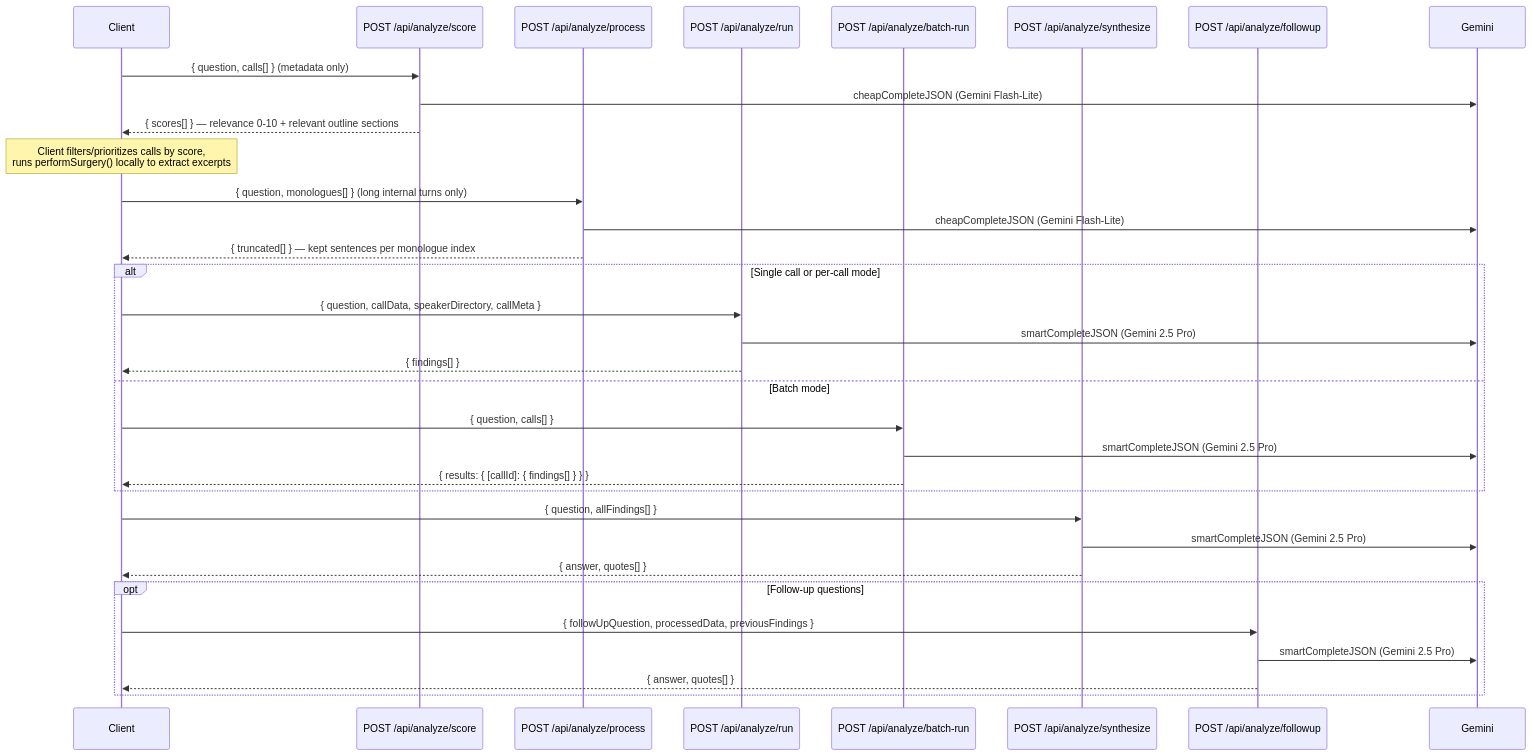
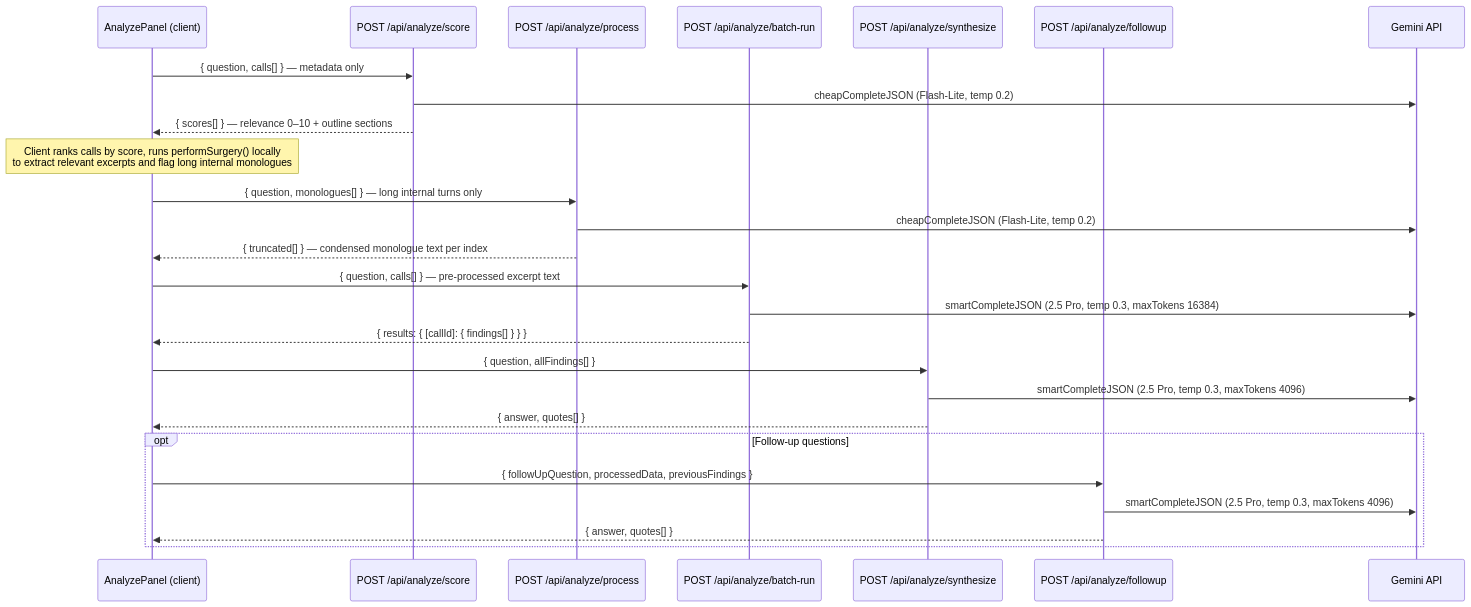
The second of 2 diagrams in docs/generated/api-routes.md (forrestmill-cmd/gongwizard), drawn with Mermaid before and after one commit. The commit also changed other lines of this file and 9 other files, not shown here.

````diff
--- a/docs/generated/api-routes.md
+++ b/docs/generated/api-routes.md
@@ -802,41 +804,34 @@
 ```mermaid
 sequenceDiagram
-    participant Client
+    participant Client as AnalyzePanel (client)
     participant Score as POST /api/analyze/score
     participant Process as POST /api/analyze/process
-    participant Run as POST /api/analyze/run
     participant BatchRun as POST /api/analyze/batch-run
     participant Synthesize as POST /api/analyze/synthesize
     participant Followup as POST /api/analyze/followup
-    participant Gemini
+    participant Gemini as Gemini API
 
-    Client->>Score: { question, calls[] } (metadata only)
-    Score->>Gemini: cheapCompleteJSON (Gemini Flash-Lite)
-    Score-->>Client: { scores[] } — relevance 0-10 + relevant outline sections
+    Client->>Score: { question, calls[] } — metadata only
+    Score->>Gemini: cheapCompleteJSON (Flash-Lite, temp 0.2)
+    Score-->>Client: { scores[] } — relevance 0–10 + outline sections
 
-    Note over Client: Client filters/prioritizes calls by score,<br/>runs performSurgery() locally to extract excerpts
+    Note over Client: Client ranks calls by score, runs performSurgery() locally<br/>to extract relevant excerpts and flag long internal monologues
 
-    Client->>Process: { question, monologues[] } (long internal turns only)
-    Process->>Gemini: cheapCompleteJSON (Gemini Flash-Lite)
-    Process-->>Client: { truncated[] } — kept sentences per monologue index
+    Client->>Process: { question, monologues[] } — long internal turns only
+    Process->>Gemini: cheapCompleteJSON (Flash-Lite, temp 0.2)
+    Process-->>Client: { truncated[] } — condensed monologue text per index
 
-    alt Single call or per-call mode
-        Client->>Run: { question, callData, speakerDirectory, callMeta }
-        Run->>Gemini: smartCompleteJSON (Gemini 2.5 Pro)
-        Run-->>Client: { findings[] }
-    else Batch mode
-        Client->>BatchRun: { question, calls[] }
-        BatchRun->>Gemini: smartCompleteJSON (Gemini 2.5 Pro)
-        BatchRun-->>Client: { results: { [callId]: { findings[] } } }
-    end
+    Client->>BatchRun: { question, calls[] } — pre-processed excerpt text
+    BatchRun->>Gemini: smartCompleteJSON (2.5 Pro, temp 0.3, maxTokens 16384)
+    BatchRun-->>Client: { results: { [callId]: { findings[] } } }
 
     Client->>Synthesize: { question, allFindings[] }
-    Synthesize->>Gemini: smartCompleteJSON (Gemini 2.5 Pro)
+    Synthesize->>Gemini: smartCompleteJSON (2.5 Pro, temp 0.3, maxTokens 4096)
     Synthesize-->>Client: { answer, quotes[] }
 
     opt Follow-up questions
         Client->>Followup: { followUpQuestion, processedData, previousFindings }
-        Followup->>Gemini: smartCompleteJSON (Gemini 2.5 Pro)
+        Followup->>Gemini: smartCompleteJSON (2.5 Pro, temp 0.3, maxTokens 4096)
         Followup-->>Client: { answer, quotes[] }
     end
 ```
````
